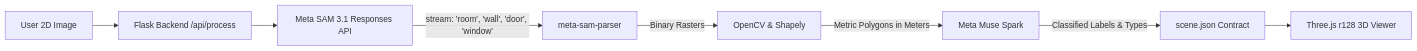
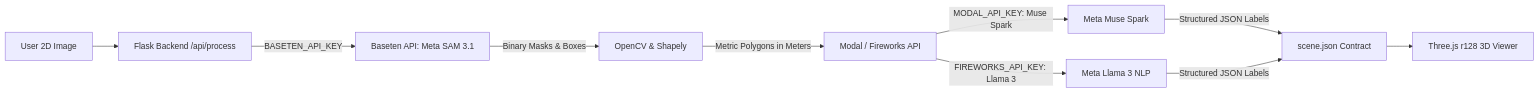
Before and after one commit to tanmaysandhu55/meta-hackathon-blueprint3d: the diagram in README.md, drawn with Mermaid. The commit also changed other lines of this file and 6 other files, not shown here.

Commit message:
feat: Integrate partner cloud endpoints (Baseten SAM 3.1, Fireworks Meta Llama 3, Modal Muse Spark) & GLB 3D export

````diff
--- a/README.md
+++ b/README.md
@@ -11,10 +11,11 @@
 ```mermaid
 flowchart LR
     A[User 2D Image] --> B[Flask Backend /api/process]
-    B --> C[Meta SAM 3.1 Responses API]
-    C -->|stream: 'room', 'wall', 'door', 'window'| D[meta-sam-parser]
-    D -->|Binary Rasters| E[OpenCV & Shapely]
-    E -->|Metric Polygons in Meters| F[Meta Muse Spark]
-    F -->|Classified Labels & Types| G[scene.json Contract]
-    G --> H[Three.js r128 3D Viewer]
+    B -->|BASETEN_API_KEY| C[Baseten API: Meta SAM 3.1]
+    C -->|Binary Masks & Boxes| D[OpenCV & Shapely]
+    D -->|Metric Polygons in Meters| E[Modal / Fireworks API]
+    E -->|MODAL_API_KEY: Muse Spark| F[Meta Muse Spark]
+    E -->|FIREWORKS_API_KEY: Llama 3| G[Meta Llama 3 NLP]
+    F & G -->|Structured JSON Labels| H[scene.json Contract]
+    H --> I[Three.js r128 3D Viewer]
 ```
````
